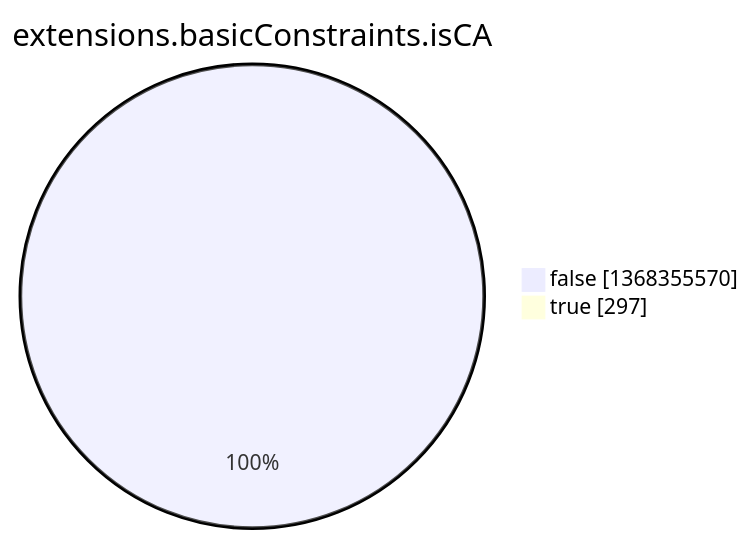
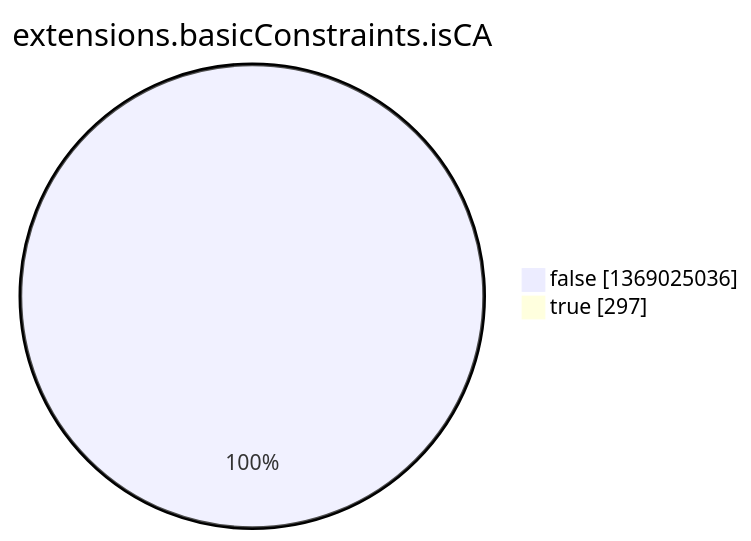
Before and after one commit to christiankrug/ctmonitor_visualization: the eighth of 15 diagrams in argon2022/README.md, drawn with Mermaid. The commit also changed other lines of this file, not shown here.

````diff
--- a/argon2022/README.md
+++ b/argon2022/README.md
@@ -2759,6 +2759,6 @@
 ```mermaid
 pie showData
 title extensions.basicConstraints.isCA
-"false" :1368355570
+"false" :1369025036
 "true" :297
 ```
````
